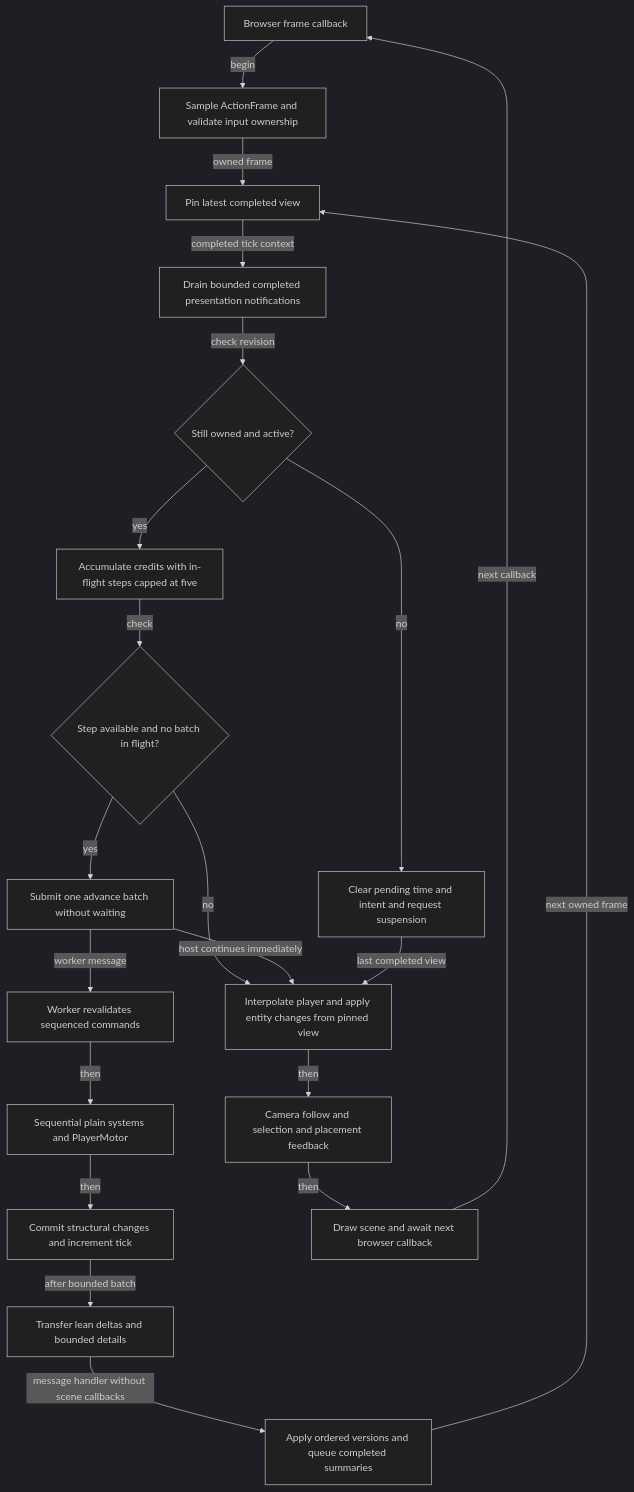
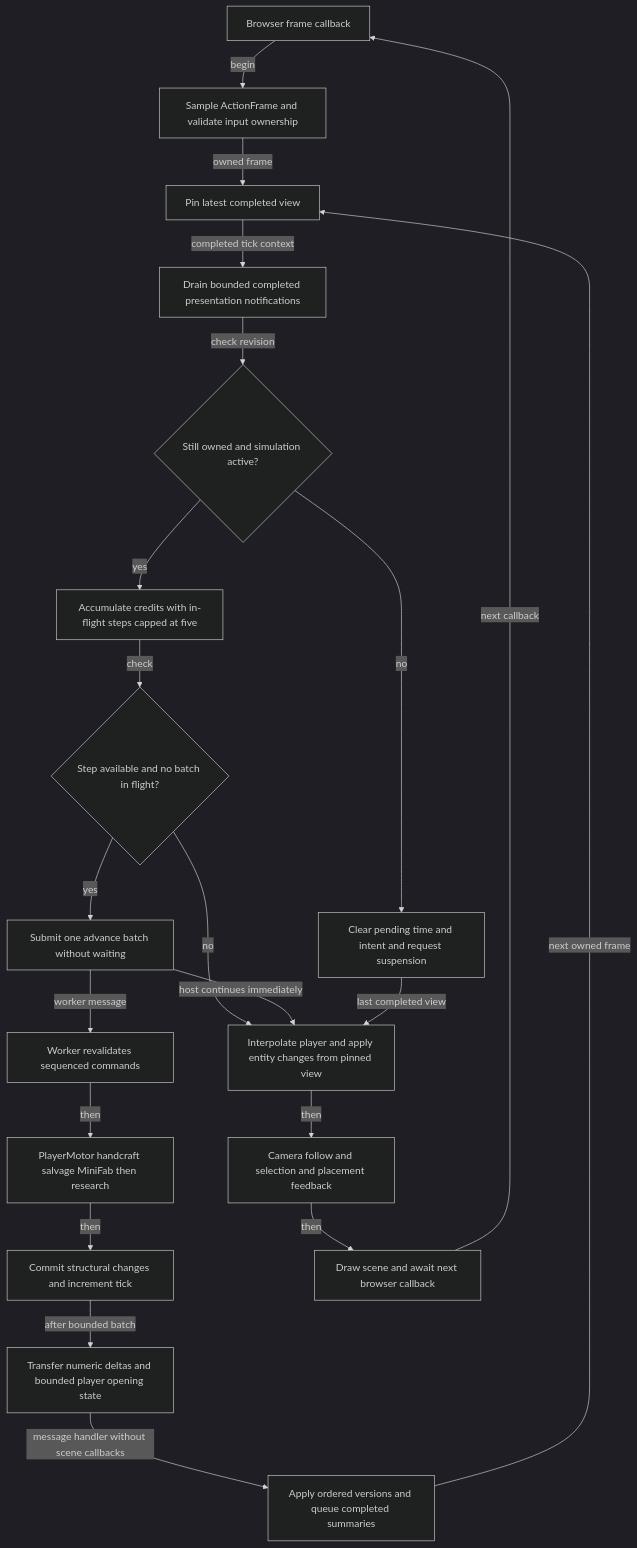
The diagram in docs/diagrams/src/fixed-step-loop.mmd (Googlproxer/Scrapworks), drawn with Mermaid (dark theme) before and after one commit. The commit also changed 117 other files, not shown here.

```diff
--- a/docs/diagrams/src/fixed-step-loop.mmd
+++ b/docs/diagrams/src/fixed-step-loop.mmd
@@ -1,38 +1,38 @@
 flowchart TB
     Frame[Browser frame callback]
     Input[Sample ActionFrame and validate input ownership]
     Pin[Pin latest completed view]
     Hooks[Drain bounded completed presentation notifications]
-    Active{Still owned and active?}
+    Active{Still owned and simulation active?}
     Pause[Clear pending time and intent and request suspension]
     Credits[Accumulate credits with in-flight steps capped at five]
     Available{Step available and no batch in flight?}
     Send[Submit one advance batch without waiting]
     Commands[Worker revalidates sequenced commands]
-    Systems[Sequential plain systems and PlayerMotor]
+    Systems[PlayerMotor handcraft salvage MiniFab then research]
     Commit[Commit structural changes and increment tick]
-    Publish[Transfer lean deltas and bounded details]
+    Publish[Transfer numeric deltas and bounded player opening state]
     Cache[Apply ordered versions and queue completed summaries]
     Present[Interpolate player and apply entity changes from pinned view]
     Feedback[Camera follow and selection and placement feedback]
     Draw[Draw scene and await next browser callback]
     Frame -->|begin| Input
     Input -->|owned frame| Pin
     Pin -->|completed tick context| Hooks
     Hooks -->|check revision| Active
     Active -->|no| Pause
     Active -->|yes| Credits
     Credits -->|check| Available
     Available -->|yes| Send
     Send -->|worker message| Commands
     Commands -->|then| Systems
     Systems -->|then| Commit
     Commit -->|after bounded batch| Publish
     Publish -->|message handler without scene callbacks| Cache
     Cache -->|next owned frame| Pin
     Available -->|no| Present
     Send -->|host continues immediately| Present
     Pause -->|last completed view| Present
     Present -->|then| Feedback
     Feedback -->|then| Draw
     Draw -->|next callback| Frame
```
